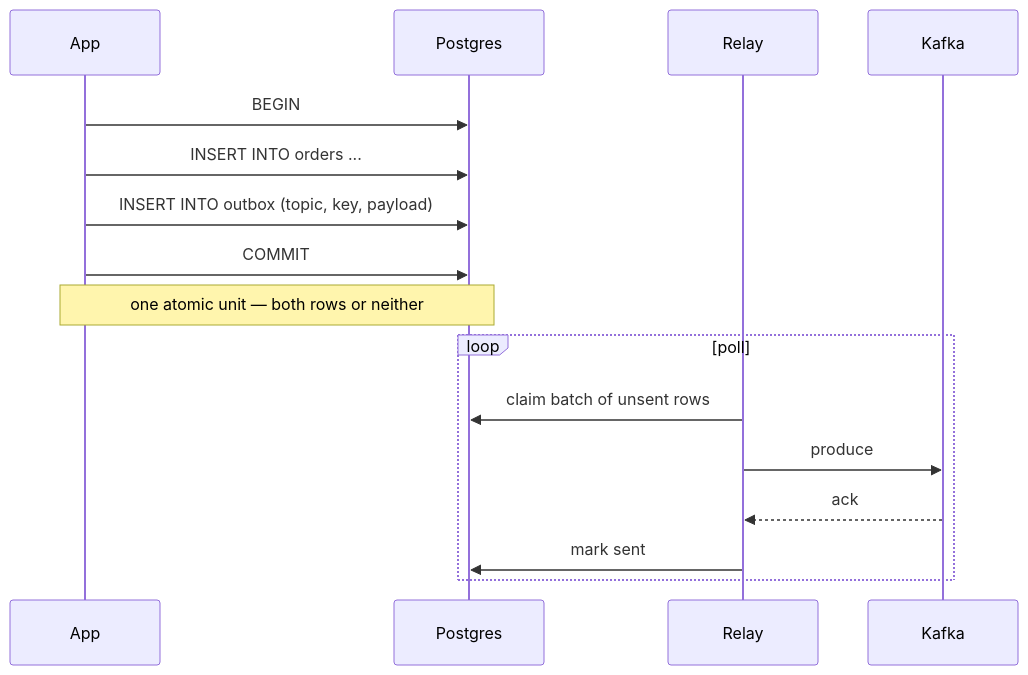
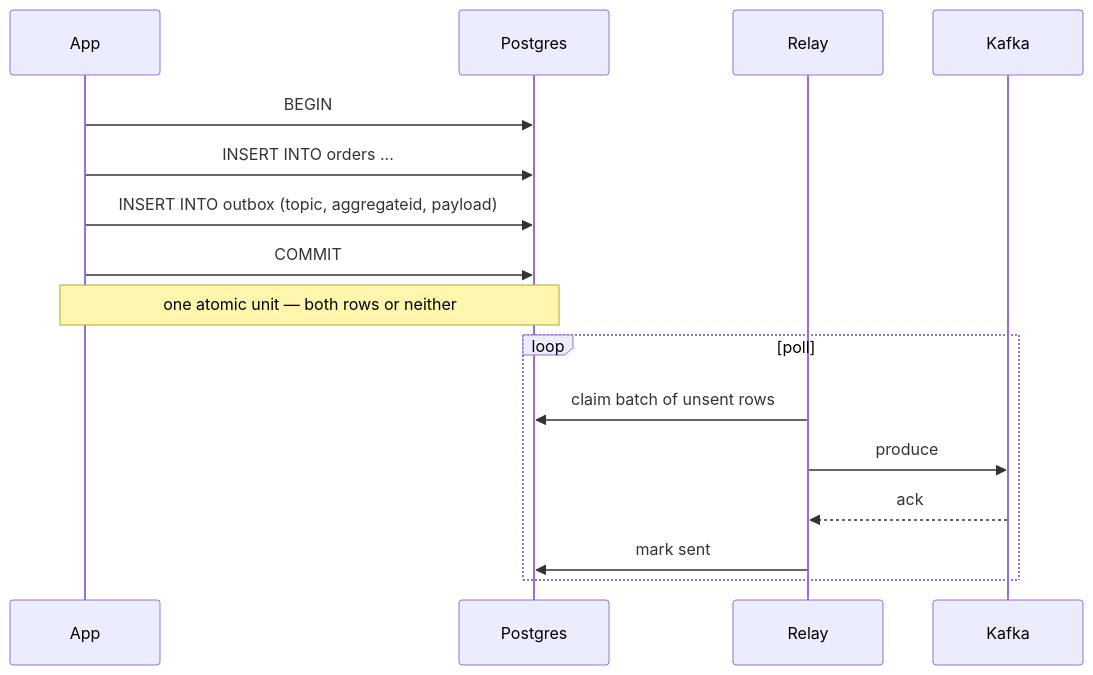
The diagram in docs/claude/02-outbox.md (pablodt00/kafka-reliability), drawn with Mermaid before and after one commit. The commit also changed other lines of this file and 7 other files, not shown here.

````diff
--- a/docs/claude/02-outbox.md
+++ b/docs/claude/02-outbox.md
@@ -13,18 +13,18 @@
 ```mermaid
 sequenceDiagram
     participant App
     participant PG as Postgres
     participant Relay
     participant K as Kafka
     App->>PG: BEGIN
     App->>PG: INSERT INTO orders ...
-    App->>PG: INSERT INTO outbox (topic, key, payload)
+    App->>PG: INSERT INTO outbox (topic, aggregateid, payload)
     App->>PG: COMMIT
     Note over App,PG: one atomic unit — both rows or neither
     loop poll
       Relay->>PG: claim batch of unsent rows
       Relay->>K: produce
       K-->>Relay: ack
       Relay->>PG: mark sent
     end
 ```
````
